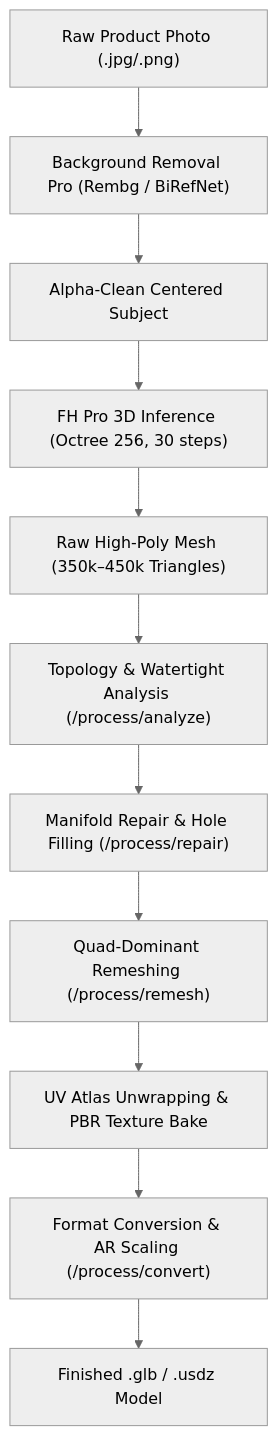
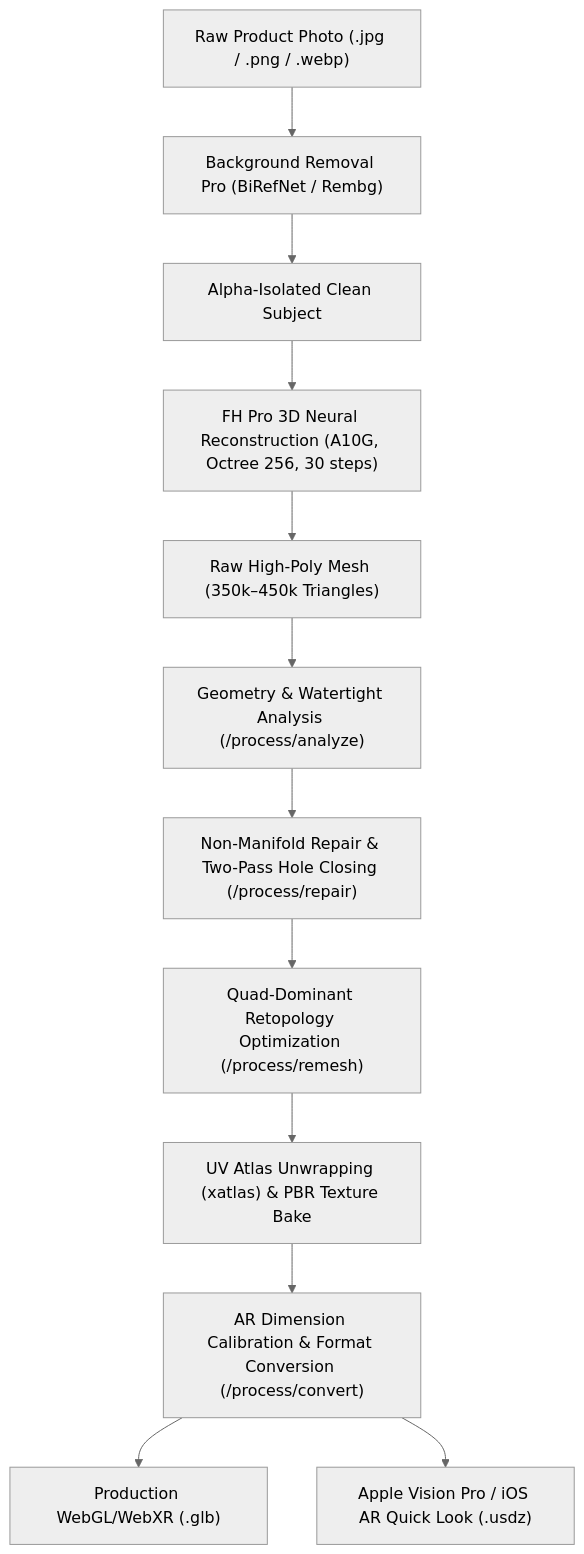
Before and after one commit to fotohubapp/docs: the diagram in recipes/image-to-3d.md, drawn with Mermaid (neutral theme). The commit also changed other lines of this file and 11 other files, not shown here.

````diff
--- a/recipes/image-to-3d.md
+++ b/recipes/image-to-3d.md
@@ -11,13 +11,14 @@
 ```mermaid
 flowchart TD
-    A["Raw Product Photo (.jpg/.png)"] --> B["Background Removal Pro (Rembg / BiRefNet)"]
-    B --> C["Alpha-Clean Centered Subject"]
-    C --> D["FH Pro 3D Inference (Octree 256, 30 steps)"]
+    A["Raw Product Photo (.jpg / .png / .webp)"] --> B["Background Removal Pro (BiRefNet / Rembg)"]
+    B --> C["Alpha-Isolated Clean Subject"]
+    C --> D["FH Pro 3D Neural Reconstruction (A10G, Octree 256, 30 steps)"]
     D --> E["Raw High-Poly Mesh (350k–450k Triangles)"]
-    E --> F["Topology & Watertight Analysis (/process/analyze)"]
-    F --> G["Manifold Repair & Hole Filling (/process/repair)"]
-    G --> H["Quad-Dominant Remeshing (/process/remesh)"]
-    H --> I["UV Atlas Unwrapping & PBR Texture Bake"]
-    I --> J["Format Conversion & AR Scaling (/process/convert)"]
-    J --> K["Finished .glb / .usdz Model"]
+    E --> F["Geometry & Watertight Analysis (/process/analyze)"]
+    F --> G["Non-Manifold Repair & Two-Pass Hole Closing (/process/repair)"]
+    G --> H["Quad-Dominant Retopology Optimization (/process/remesh)"]
+    H --> I["UV Atlas Unwrapping (xatlas) & PBR Texture Bake"]
+    I --> J["AR Dimension Calibration & Format Conversion (/process/convert)"]
+    J --> K1["Production WebGL/WebXR (.glb)"]
+    J --> K2["Apple Vision Pro / iOS AR Quick Look (.usdz)"]
 ```
````
